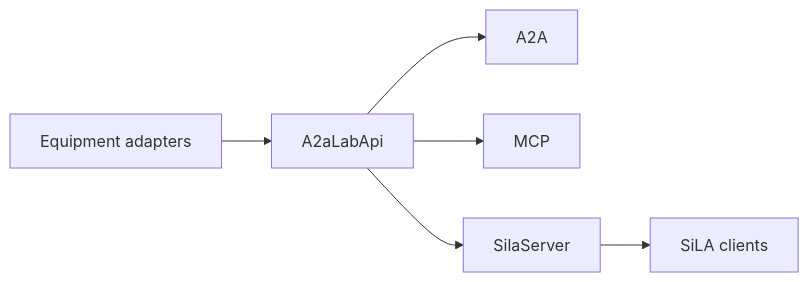
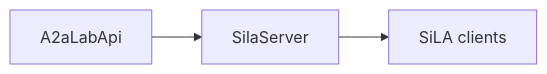
One commit to A3Analytics/a2a-lab-dev-kit-rs changed the diagram in backlog/docs/reference/sila-2/doc-8 - SiLA-2.md. Above: the diagram before and after it, drawn with Mermaid. The commit also changed other lines of this file and 3 other files, not shown here.

````diff
--- a/backlog/docs/reference/sila-2/doc-8 - SiLA-2.md
+++ b/backlog/docs/reference/sila-2/doc-8 - SiLA-2.md
@@ -17,10 +17,7 @@
 ```mermaid
 flowchart LR
-  accTitle: Shared lab interface
-  accDescr: Equipment adapters feed A2aLabApi. A2aLabApi serves A2A, MCP, and SilaServer. SilaServer serves SiLA clients.
-  adapters["Equipment adapters"] --> lab["A2aLabApi"]
-  lab --> a2a["A2A"]
-  lab --> mcp["MCP"]
-  lab --> sila["SilaServer"]
+  accTitle: SiLA 2 serves the lab primitives
+  accDescr: A2aLabApi feeds SilaServer. SilaServer serves SiLA clients the log, metric, and task operations.
+  lab["A2aLabApi"] --> sila["SilaServer"]
   sila --> clients["SiLA clients"]
 ```
````
